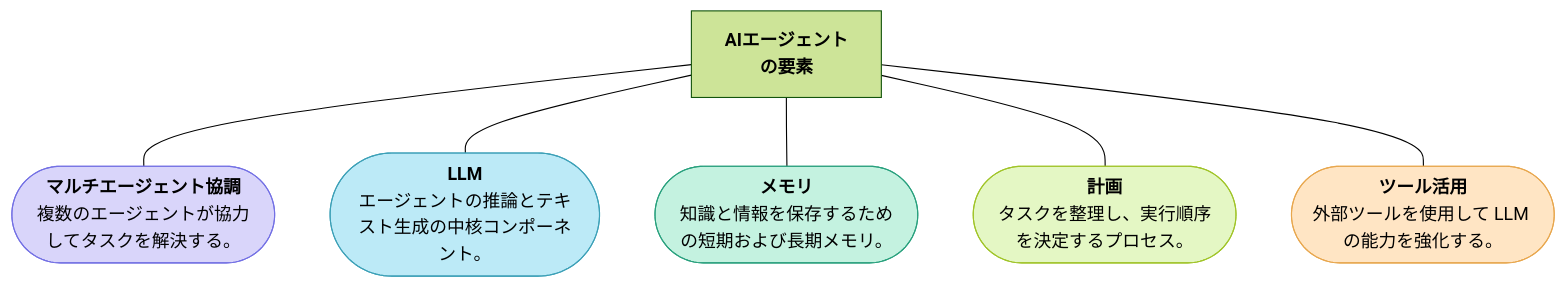
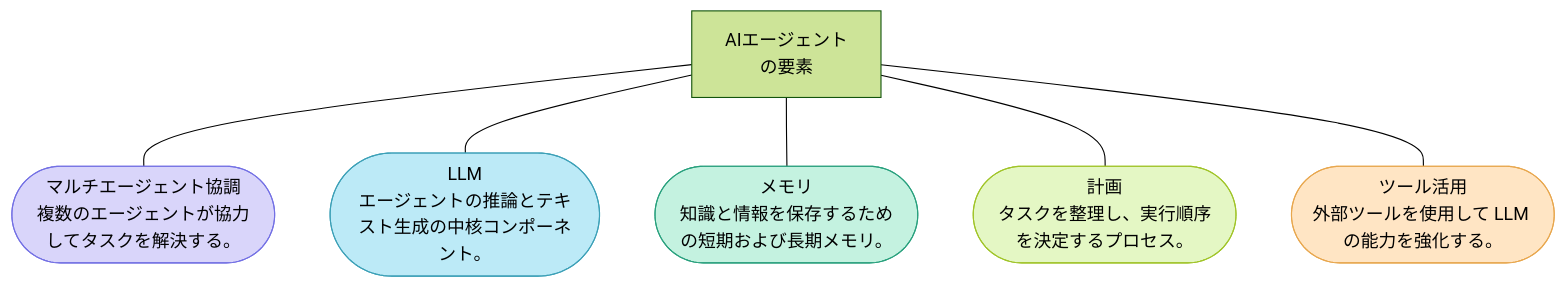
Before and after one commit to SatakeYusuke19920527/zenn: the first of 2 diagrams in articles/rag_textbook.md, drawn with Mermaid (forest theme).

Commit message:
AIエージェントの要素に関するフローチャートのラベルを修正し、太字を削除しました

````diff
--- a/articles/rag_textbook.md
+++ b/articles/rag_textbook.md
@@ -93,32 +93,32 @@
 ```mermaid
 flowchart TB
     %% 中央コア
-    C["<b>AIエージェント<br>の要素</b>"]
+    C["AIエージェント<br>の要素"]
 
     %% 周辺ノード
-    COORD(["<b>マルチエージェント協調</b><br>複数のエージェントが協力してタスクを解決する。"])
-    LLM(["<b>LLM</b><br>エージェントの推論とテキスト生成の中核コンポーネント。"])
-    MEMORY(["<b>メモリ</b><br>知識と情報を保存するための短期および長期メモリ。"])
-    PLAN(["<b>計画</b><br>タスクを整理し、実行順序を決定するプロセス。"])
-    TOOLS(["<b>ツール活用</b><br>外部ツールを使用して LLM の能力を強化する。"])
+    COORD(["マルチエージェント協調<br>複数のエージェントが協力してタスクを解決する。"])
+    LLM(["LLM<br>エージェントの推論とテキスト生成の中核コンポーネント。"])
+    MEMORY(["メモリ<br>知識と情報を保存するための短期および長期メモリ。"])
+    PLAN(["計画<br>タスクを整理し、実行順序を決定するプロセス。"])
+    TOOLS(["ツール活用<br>外部ツールを使用して LLM の能力を強化する。"])
 
     %% 配置（円形になるよう角度を指定）
     C ---| | COORD
     C ---| | LLM
     C ---| | MEMORY
     C ---| | PLAN
     C ---| | TOOLS
 
     %% レイアウト調整
     classDef default text-align:center
     class C default
     class COORD,LLM,MEMORY,PLAN,TOOLS default
 
     %% （任意）色付け例
     style COORD fill:#d9d5fa,stroke:#7370e4,stroke-width:1px
     style LLM fill:#bceaf7,stroke:#3ca0b7,stroke-width:1px
     style MEMORY fill:#c4f2e0,stroke:#28a07d,stroke-width:1px
     style PLAN fill:#e4f7c4,stroke:#a0c428,stroke-width:1px
     style TOOLS fill:#ffe5c4,stroke:#e8a74e,stroke-width:1px
 
 ```
````
